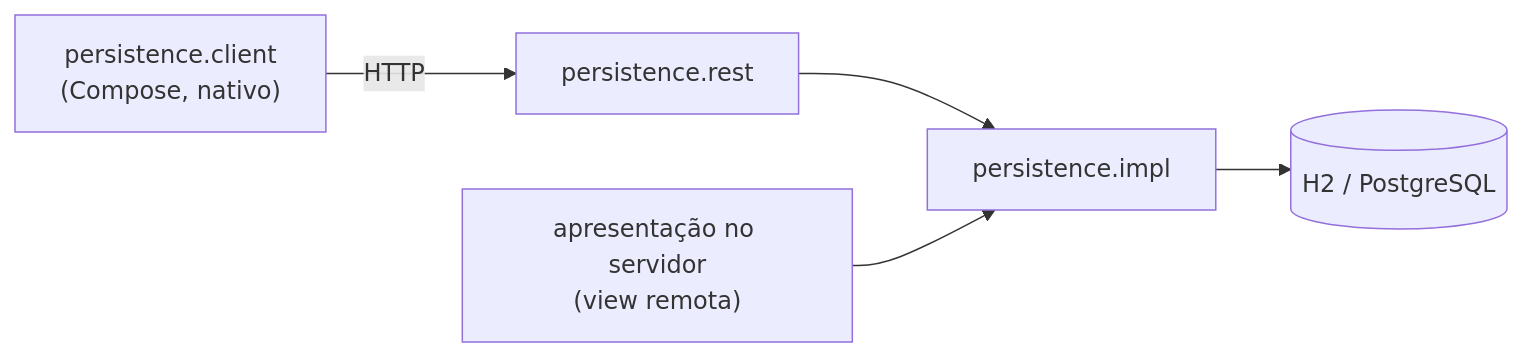
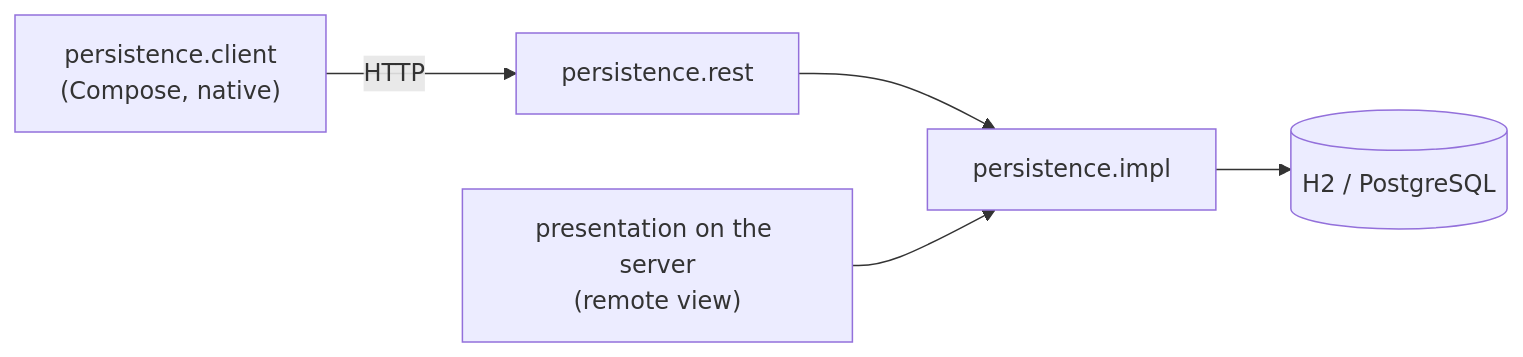
The diagram in fontes/br.com.wdc.kt.shopping/br.com.wdc.kt.shopping.persistence/README.md (mrcdom/wdc-cube-kotlin), drawn with Mermaid before and after one commit. The commit also changed other lines of this file and 69 other files, not shown here.

````diff
--- a/fontes/br.com.wdc.kt.shopping/br.com.wdc.kt.shopping.persistence/README.md
+++ b/fontes/br.com.wdc.kt.shopping/br.com.wdc.kt.shopping.persistence/README.md
@@ -15,7 +15,7 @@
 ```mermaid
 graph LR
-    CLI["persistence.client<br/>(Compose, nativo)"] -- "HTTP" --> REST["persistence.rest"]
+    CLI["persistence.client<br/>(Compose, native)"] -- "HTTP" --> REST["persistence.rest"]
     REST --> IMPL["persistence.impl"]
-    PRES["apresentação no servidor<br/>(view remota)"] --> IMPL
+    PRES["presentation on the server<br/>(remote view)"] --> IMPL
     IMPL --> DB[("H2 / PostgreSQL")]
 ```
````
